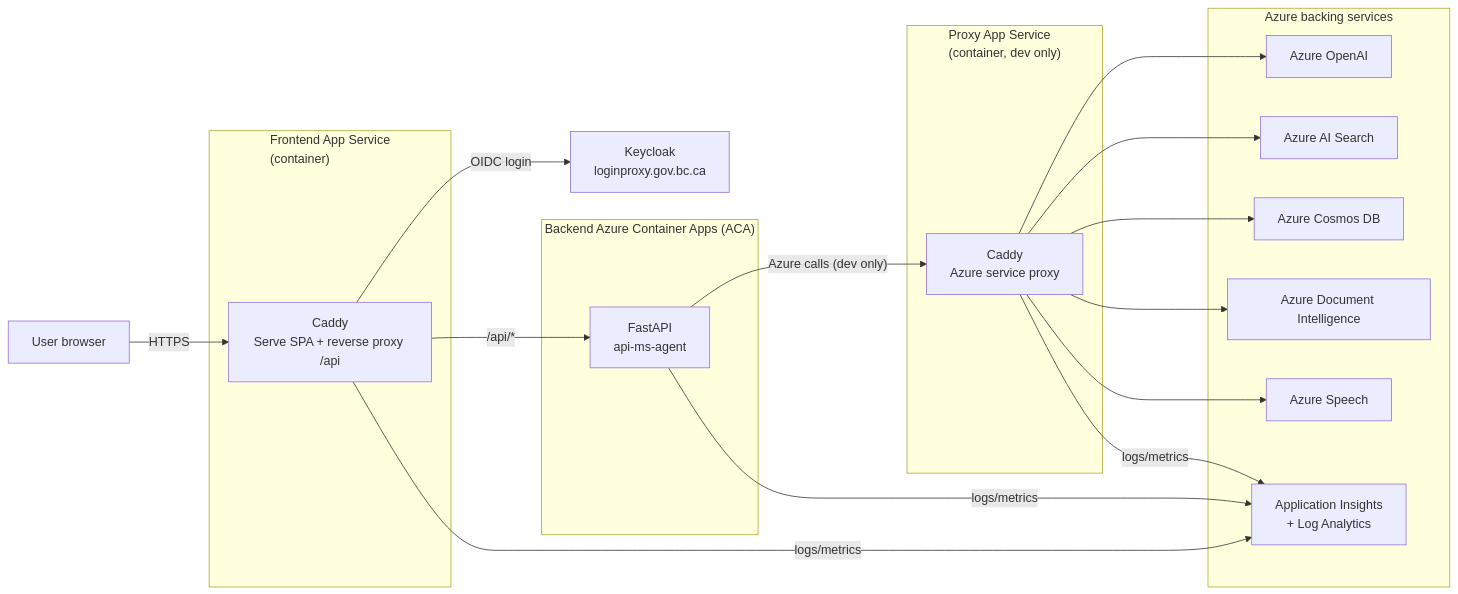
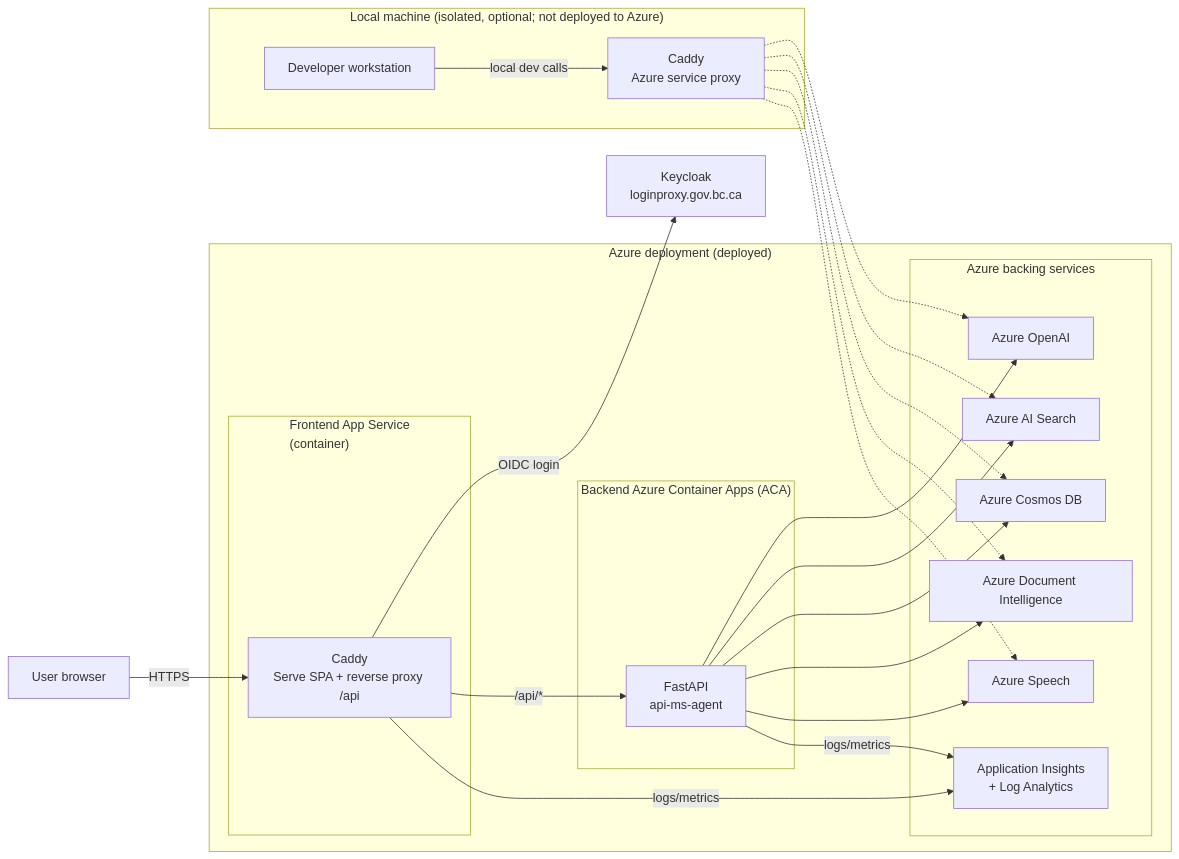
Before and after one commit to bcgov/azure-ai-poc: the first of 7 diagrams in docs/ARCHITECTURE_DEMO.md, drawn with Mermaid. The commit also changed other lines of this file and 1 other file, not shown here.

Commit message:
updates to reflect current state better

````diff
--- a/docs/ARCHITECTURE_DEMO.md
+++ b/docs/ARCHITECTURE_DEMO.md
@@ -26,42 +26,52 @@
 ```mermaid
 flowchart LR
   U["User browser"]
 
-  subgraph FE["Frontend App Service<br/>(container)"]
-    F["Caddy<br/>Serve SPA + reverse proxy /api"]
+  KC["Keycloak<br/>loginproxy.gov.bc.ca"]
+
+  subgraph AZDEP["Azure deployment (deployed)"]
+    subgraph FE["Frontend App Service<br/>(container)"]
+      F["Caddy<br/>Serve SPA + reverse proxy /api"]
+    end
+
+    subgraph BE["Backend Azure Container Apps (ACA)"]
+      A["FastAPI<br/>api-ms-agent"]
+    end
+
+    subgraph AZ["Azure backing services"]
+      OAI["Azure OpenAI"]
+      AIS["Azure AI Search"]
+      COS["Azure Cosmos DB"]
+      DI["Azure Document Intelligence"]
+      SP["Azure Speech"]
+      MON["Application Insights<br/>+ Log Analytics"]
+    end
   end
 
-  subgraph BE["Backend Azure Container Apps (ACA)"]
-    A["FastAPI<br/>api-ms-agent"]
-  end
-
-  subgraph PX["Proxy App Service<br/>(container, dev only)"]
+  subgraph LOCAL["Local machine (isolated, optional; not deployed to Azure)"]
+    DEV["Developer workstation"]
     P["Caddy<br/>Azure service proxy"]
-  end
-
-  KC["Keycloak<br/>loginproxy.gov.bc.ca"]
-
-  subgraph AZ["Azure backing services"]
-    OAI["Azure OpenAI"]
-    AIS["Azure AI Search"]
-    COS["Azure Cosmos DB"]
-    DI["Azure Document Intelligence"]
-    SP["Azure Speech"]
-    MON["Application Insights<br/>+ Log Analytics"]
+    DEV -->|"local dev calls"| P
   end
 
   U -->|"HTTPS"| F
   F -->|"OIDC login"| KC
   F -->|"/api/*"| A
 
-  A -->|"Azure calls (dev only)"| P
-  P --> OAI
-  P --> AIS
-  P --> COS
-  P --> DI
-  P --> SP
+  %% In Azure, the backend talks directly to Azure services (private endpoints) without the proxy.
+  A --> OAI
+  A --> AIS
+  A --> COS
+  A --> DI
+  A --> SP
+
+  %% The proxy is only used from a local machine to reach Azure private endpoints.
+  P -.-> OAI
+  P -.-> AIS
+  P -.-> COS
+  P -.-> DI
+  P -.-> SP
 
   A -->|"logs/metrics"| MON
   F -->|"logs/metrics"| MON
-  P -->|"logs/metrics"| MON
 ```
````
